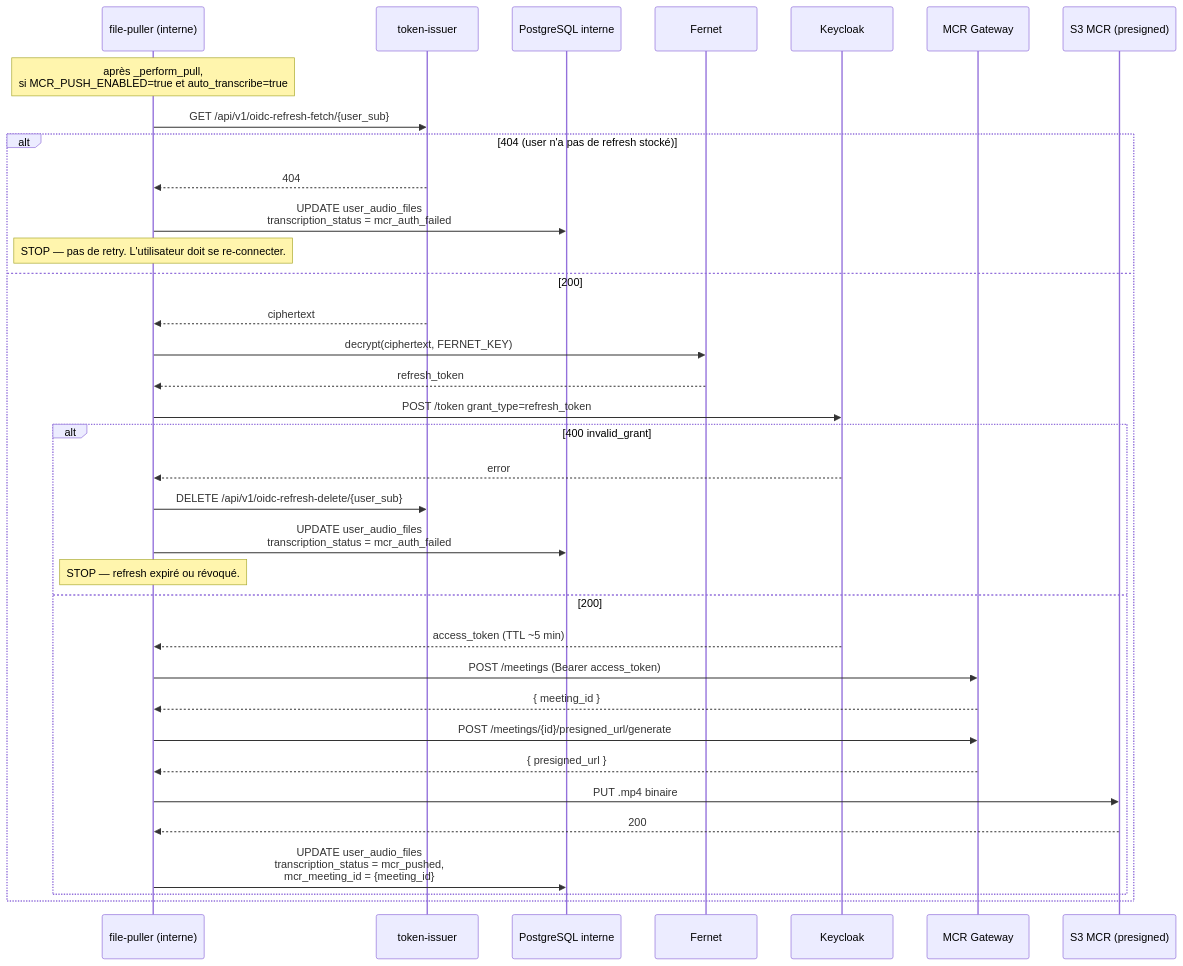
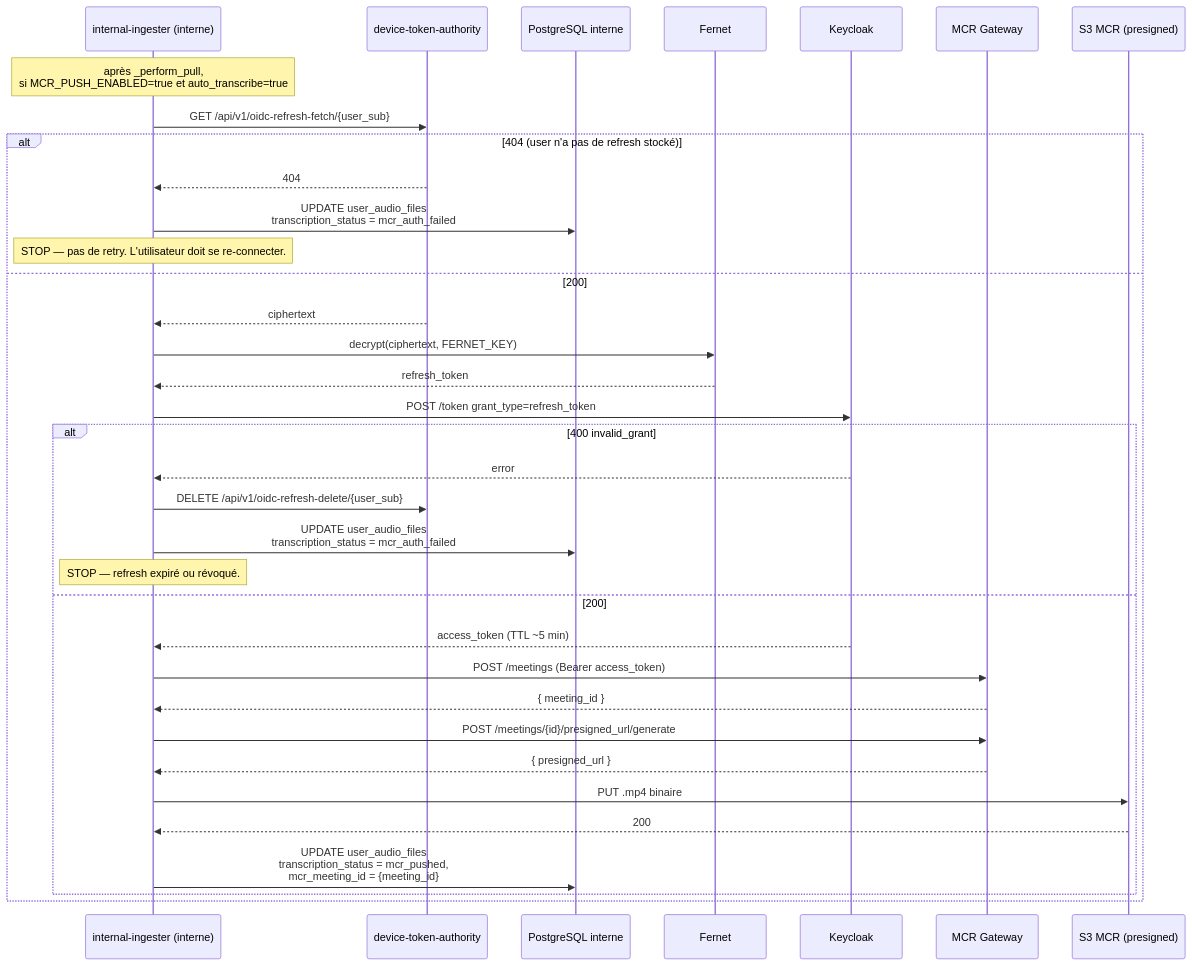
Before and after one commit to IA-Generative/mirai-mesreunions: the second of 3 diagrams in docs/integrate-with-mcr.md, drawn with Mermaid. The commit also changed other lines of this file and 42 other files, not shown here.

````diff
--- a/docs/integrate-with-mcr.md
+++ b/docs/integrate-with-mcr.md
@@ -52,38 +52,38 @@
 ```mermaid
 sequenceDiagram
-  participant FP as file-puller (interne)
-  participant TI as token-issuer
+  participant FP as internal-ingester (interne)
+  participant TI as device-token-authority
   participant PGI as PostgreSQL interne
   participant CRY as Fernet
   participant KC as Keycloak
   participant MCR as MCR Gateway
   participant S3M as S3 MCR (presigned)
 
   Note over FP: après _perform_pull,<br/>si MCR_PUSH_ENABLED=true et auto_transcribe=true
   FP->>TI: GET /api/v1/oidc-refresh-fetch/{user_sub}
   alt 404 (user n'a pas de refresh stocké)
     TI-->>FP: 404
     FP->>PGI: UPDATE user_audio_files<br/>transcription_status = mcr_auth_failed
     Note over FP: STOP — pas de retry. L'utilisateur doit se re-connecter.
   else 200
     TI-->>FP: ciphertext
     FP->>CRY: decrypt(ciphertext, FERNET_KEY)
     CRY-->>FP: refresh_token
     FP->>KC: POST /token grant_type=refresh_token
     alt 400 invalid_grant
       KC-->>FP: error
       FP->>TI: DELETE /api/v1/oidc-refresh-delete/{user_sub}
       FP->>PGI: UPDATE user_audio_files<br/>transcription_status = mcr_auth_failed
       Note over FP: STOP — refresh expiré ou révoqué.
     else 200
       KC-->>FP: access_token (TTL ~5 min)
       FP->>MCR: POST /meetings (Bearer access_token)
       MCR-->>FP: { meeting_id }
       FP->>MCR: POST /meetings/{id}/presigned_url/generate
       MCR-->>FP: { presigned_url }
       FP->>S3M: PUT .mp4 binaire
       S3M-->>FP: 200
       FP->>PGI: UPDATE user_audio_files<br/>transcription_status = mcr_pushed,<br/>mcr_meeting_id = {meeting_id}
     end
   end
 ```
````
